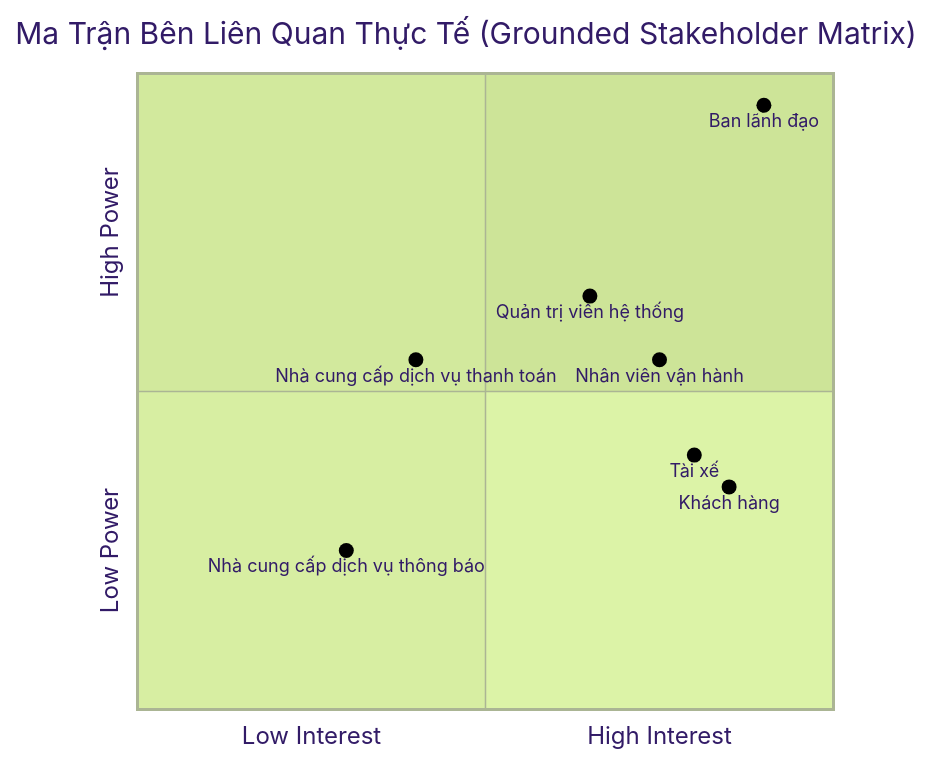
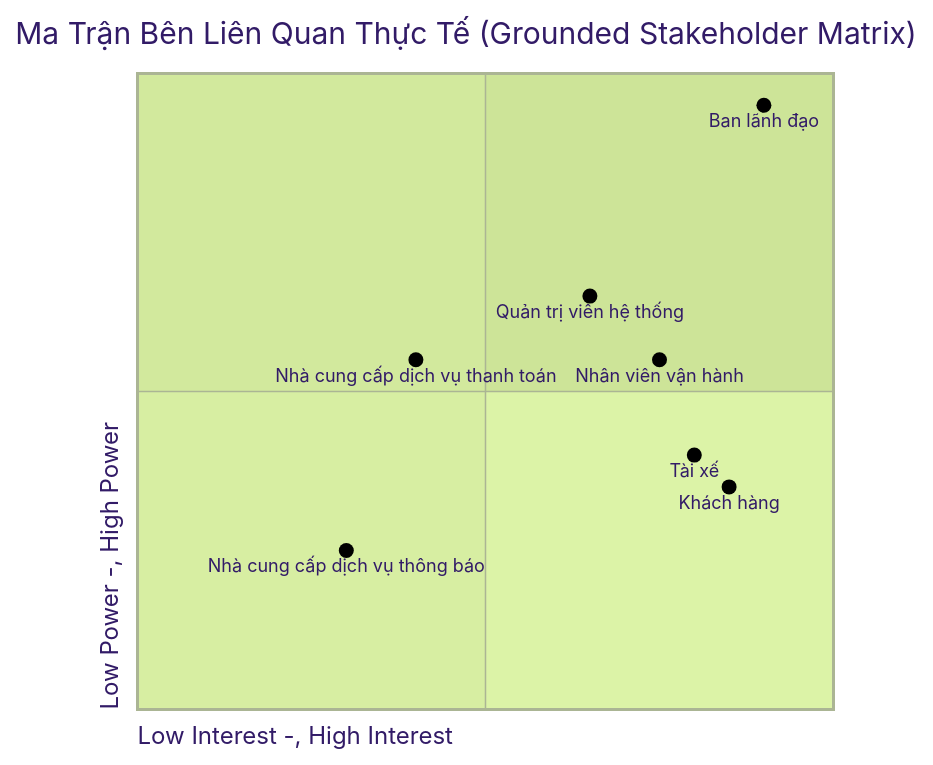
Before and after one commit to tranbichthuan1103-dev/23642081_TRANBICHTHUAN_CABSYSTEM: the diagram in README.md, drawn with Mermaid (forest theme). The commit also changed other lines of this file, not shown here.

````diff
--- a/README.md
+++ b/README.md
@@ -20,14 +20,14 @@
 ```mermaid
 quadrantChart
     title Ma Trận Bên Liên Quan Thực Tế (Grounded Stakeholder Matrix)
-    x-axis Low Interest --> High Interest
-    y-axis Low Power --> High Power
+    x-axis Low Interest -, High Interest
+    y-axis Low Power -, High Power
 
     "Ban lãnh đạo": [0.90, 0.95]
     "Quản trị viên hệ thống": [0.65, 0.65]
     "Khách hàng": [0.85, 0.35]
     "Tài xế": [0.80, 0.40]
     "Nhân viên vận hành": [0.75, 0.55]
     "Nhà cung cấp dịch vụ thanh toán": [0.40, 0.55]
     "Nhà cung cấp dịch vụ thông báo": [0.30, 0.25]
 ```
````
